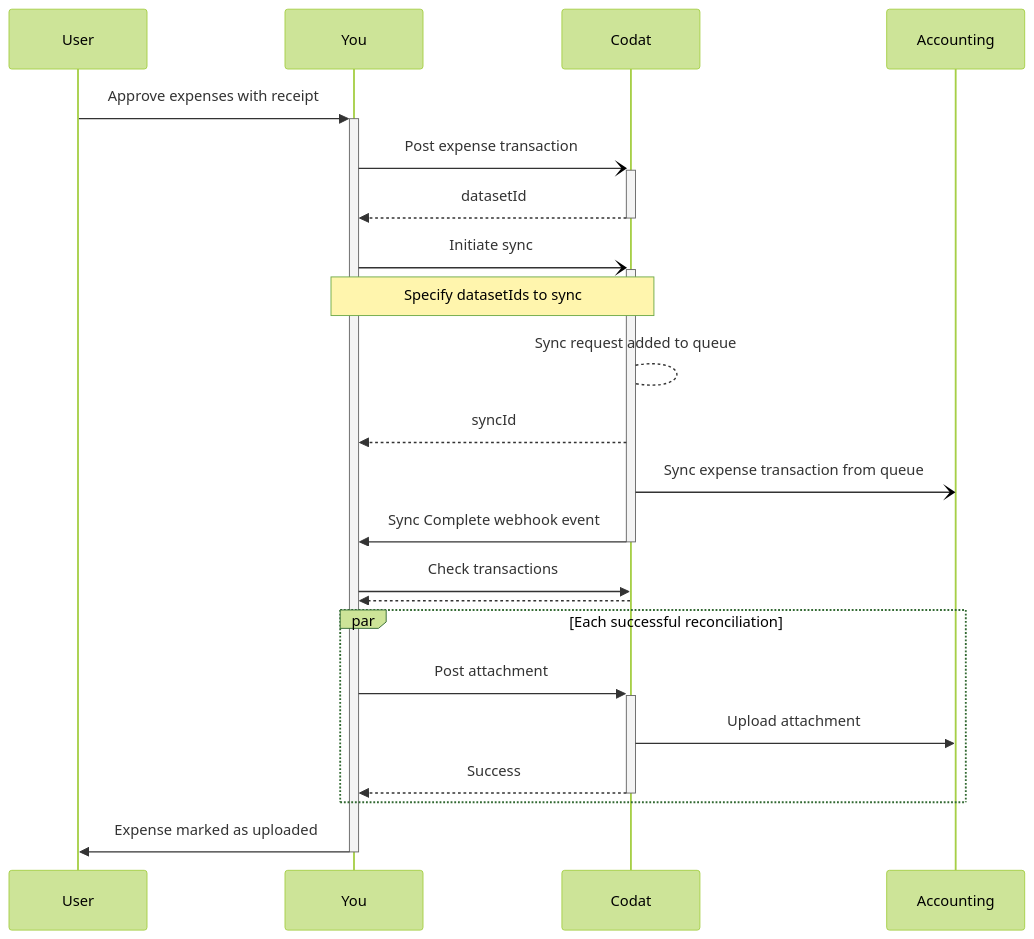
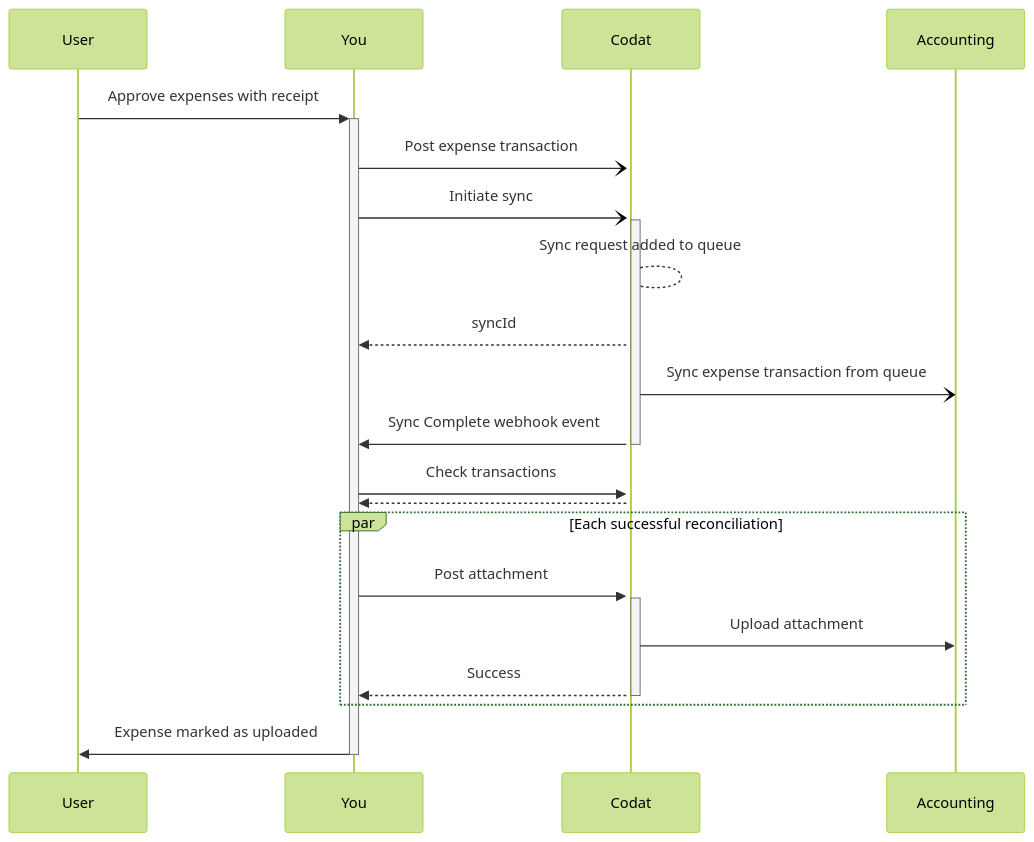
The diagram in docs/expenses/sync-process/expense-transactions.md (codatio/codat-docs), drawn with Mermaid (forest theme) before and after one commit. The commit also changed other lines of this file, not shown here.

````diff
--- a/docs/expenses/sync-process/expense-transactions.md
+++ b/docs/expenses/sync-process/expense-transactions.md
@@ -25,20 +25,18 @@
 ``` mermaid
 sequenceDiagram
   User->>+You: Approve expenses with receipt
   You-)+Codat: Post expense transaction
-  Codat-->>-You: datasetId
   You-)+Codat: Initiate sync
-  Note over You,Codat: Specify datasetIds to sync
   Codat --> Codat: Sync request added to queue
   Codat-->>You: syncId
   Codat-)Accounting: Sync expense transaction from queue
   Codat->>-You: Sync Complete webhook event
   You->>Codat: Check transactions
   Codat-->>You: 
   par Each successful reconciliation
     You->>+Codat: Post attachment
     Codat->>Accounting: Upload attachment
     Codat-->>-You: Success
   end
   You->>-User: Expense marked as uploaded
 ```
````
